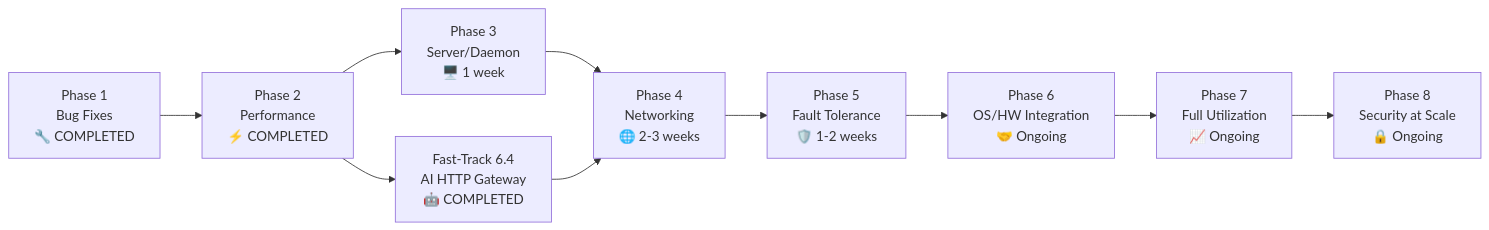
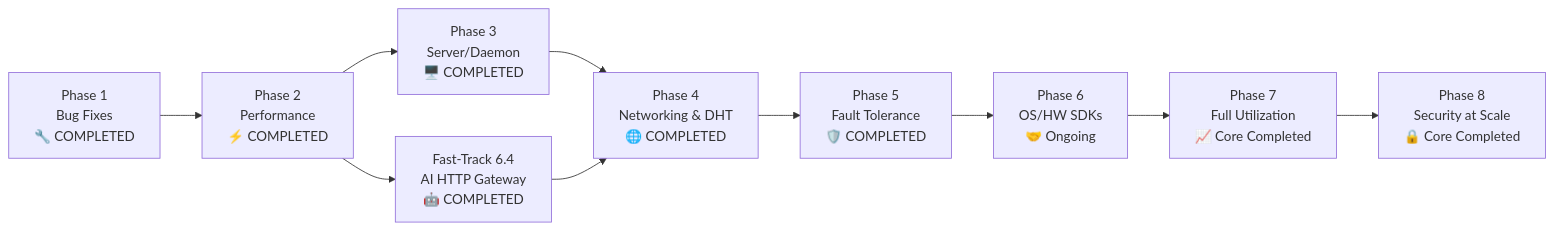
One commit to pc1209920-coder/Open-Side changed the diagram in ROADMAP.md. Above: the diagram before and after it, drawn with Mermaid. The commit also changed other lines of this file and 28 other files, not shown here.

````diff
--- a/ROADMAP.md
+++ b/ROADMAP.md
@@ -392,12 +397,12 @@
 ```mermaid
 flowchart LR
     P1["Phase 1\nBug Fixes\n🔧 COMPLETED"] --> P2["Phase 2\nPerformance\n⚡ COMPLETED"]
-    P2 --> P3["Phase 3\nServer/Daemon\n🖥️ 1 week"]
+    P2 --> P3["Phase 3\nServer/Daemon\n🖥️ COMPLETED"]
     P2 --> P64["Fast-Track 6.4\nAI HTTP Gateway\n🤖 COMPLETED"]
-    P3 --> P4["Phase 4\nNetworking\n🌐 2-3 weeks"]
+    P3 --> P4["Phase 4\nNetworking & DHT\n🌐 COMPLETED"]
     P64 --> P4
-    P4 --> P5["Phase 5\nFault Tolerance\n🛡️ 1-2 weeks"]
-    P5 --> P6["Phase 6\nOS/HW Integration\n🤝 Ongoing"]
-    P6 --> P7["Phase 7\nFull Utilization\n📈 Ongoing"]
-    P7 --> P8["Phase 8\nSecurity at Scale\n🔒 Ongoing"]
+    P4 --> P5["Phase 5\nFault Tolerance\n🛡️ COMPLETED"]
+    P5 --> P6["Phase 6\nOS/HW SDKs\n🤝 Ongoing"]
+    P6 --> P7["Phase 7\nFull Utilization\n📈 Core Completed"]
+    P7 --> P8["Phase 8\nSecurity at Scale\n🔒 Core Completed"]
 ```
````
